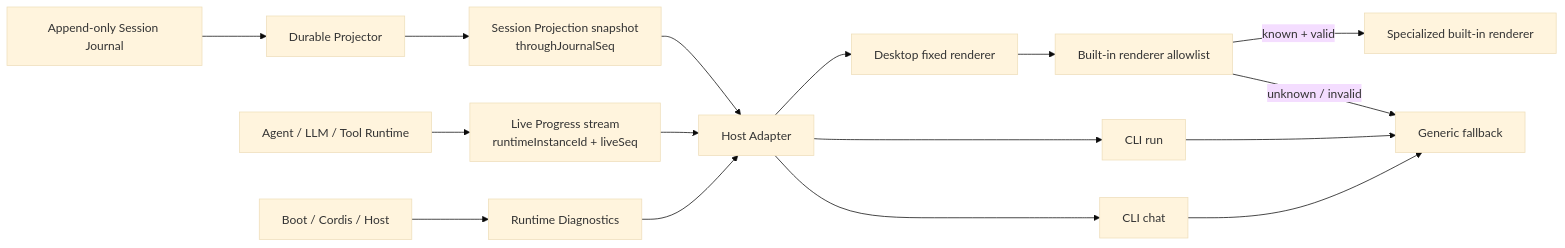
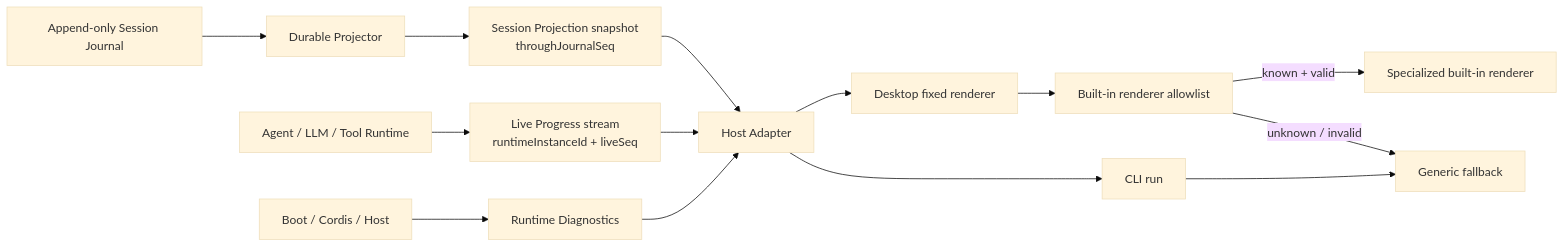
The first of 2 diagrams in docs/design-docs/agent-plugin-runtime/agent-spec-runtime-projection.md (WakeUp-Jin/actspace-agent), drawn with Mermaid (base theme) before and after one commit. The commit also changed other lines of this file and 489 other files, not shown here.

````diff
--- a/docs/design-docs/agent-plugin-runtime/agent-spec-runtime-projection.md
+++ b/docs/design-docs/agent-plugin-runtime/agent-spec-runtime-projection.md
@@ -95,22 +95,20 @@
 ```mermaid
 flowchart LR
   J["Append-only Session Journal"] --> DP["Durable Projector"]
   DP --> SNAP["Session Projection snapshot<br/>throughJournalSeq"]
 
   TR["Agent / LLM / Tool Runtime"] --> LP["Live Progress stream<br/>runtimeInstanceId + liveSeq"]
   BOOT["Boot / Cordis / Host"] --> DG["Runtime Diagnostics"]
 
   SNAP --> HA["Host Adapter"]
   LP --> HA
   DG --> HA
 
   HA --> D["Desktop fixed renderer"]
   HA --> R["CLI run"]
-  HA --> C["CLI chat"]
 
   D --> AL["Built-in renderer allowlist"]
   AL -->|"known + valid"| SR["Specialized built-in renderer"]
   AL -->|"unknown / invalid"| GR["Generic fallback"]
   R --> GR
-  C --> GR
 ```
````
